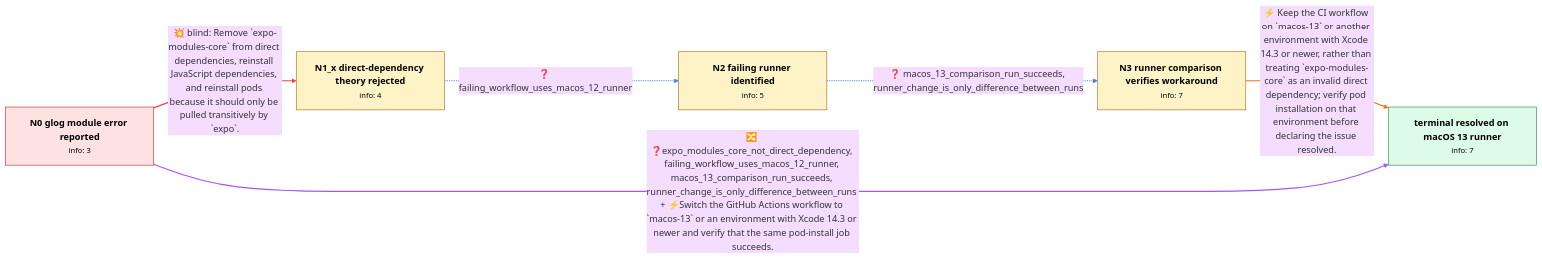
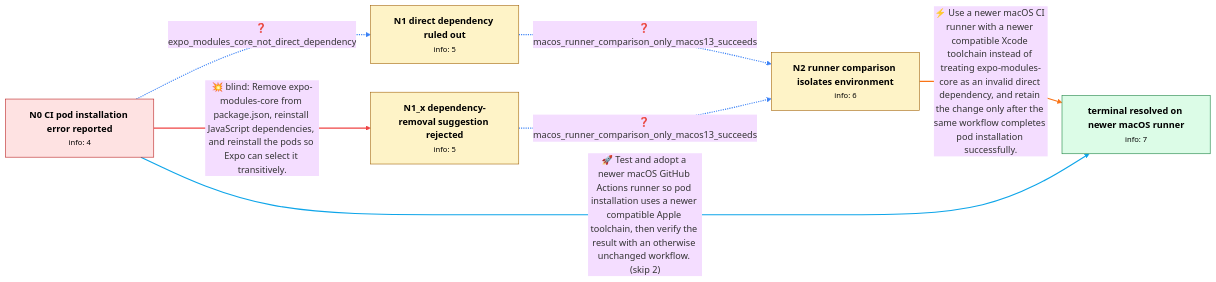
One commit to Chaoyi-He1/graph_bench changed the diagram in data/github_v0/review/gh_expo_expo_25905.md. Above: the diagram before and after it, drawn with Mermaid (base theme). The commit also changed other lines of this file and 3901 other files, not shown here.

````diff
--- a/data/github_v0/review/gh_expo_expo_25905.md
+++ b/data/github_v0/review/gh_expo_expo_25905.md
@@ -10,26 +10,28 @@
 ```mermaid
 flowchart LR
-    N0["<b>N0 glog module error reported</b><br/><small>info: 3</small>"]
-    N1_x["<b>N1_x direct-dependency theory rejected</b><br/><small>info: 4</small>"]
-    N2["<b>N2 failing runner identified</b><br/><small>info: 5</small>"]
-    N3["<b>N3 runner comparison verifies workaround</b><br/><small>info: 7</small>"]
-    N_terminal["<b>terminal resolved on macOS 13 runner</b><br/><small>info: 7</small>"]
-    N0 ==>|"💥 blind: Remove `expo-modules-core` from direct dependencies, reinstall JavaScript dependencies, and reinstall pods because it should only be pulled transitively by `expo`."| N1_x
-    linkStyle 0 stroke:#ef4444,stroke-width:2px
-    N1_x -.->|"❓ failing_workflow_uses_macos_12_runner"| N2
-    linkStyle 1 stroke:#3b82f6,stroke-width:2px
-    N2 -.->|"❓ macos_13_comparison_run_succeeds, runner_change_is_only_difference_between_runs"| N3
+    N0["<b>N0 CI pod installation error reported</b><br/><small>info: 4</small>"]
+    N1["<b>N1 direct dependency ruled out</b><br/><small>info: 5</small>"]
+    N1_x["<b>N1_x dependency-removal suggestion rejected</b><br/><small>info: 5</small>"]
+    N2["<b>N2 runner comparison isolates environment</b><br/><small>info: 6</small>"]
+    N_terminal["<b>terminal resolved on newer macOS runner</b><br/><small>info: 7</small>"]
+    N0 -.->|"❓ expo_modules_core_not_direct_dependency"| N1
+    linkStyle 0 stroke:#3b82f6,stroke-width:2px
+    N0 ==>|"💥 blind: Remove expo-modules-core from package.json, reinstall JavaScript dependencies, and reinstall the pods so Expo can select it transitively."| N1_x
+    linkStyle 1 stroke:#ef4444,stroke-width:2px
+    N1 -.->|"❓ macos_runner_comparison_only_macos13_succeeds"| N2
     linkStyle 2 stroke:#3b82f6,stroke-width:2px
-    N3 ==>|"⚡ Keep the CI workflow on `macos-13` or another environment with Xcode 14.3 or newer, rather than treating `expo-modules-core` as an invalid direct dependency; verify pod installation on that environment before declaring the issue resolved."| N_terminal
-    linkStyle 3 stroke:#f97316,stroke-width:2px
-    N0 ==>|"🔀 ❓expo_modules_core_not_direct_dependency, failing_workflow_uses_macos_12_runner, macos_13_comparison_run_succeeds, runner_change_is_only_difference_between_runs + ⚡Switch the GitHub Actions workflow to `macos-13` or an environment with Xcode 14.3 or newer and verify that the same pod-install job succeeds."| N_terminal
-    linkStyle 4 stroke:#a855f7,stroke-width:2px
+    N1_x -.->|"❓ macos_runner_comparison_only_macos13_succeeds"| N2
+    linkStyle 3 stroke:#3b82f6,stroke-width:2px
+    N2 ==>|"⚡ Use a newer macOS CI runner with a newer compatible Xcode toolchain instead of treating expo-modules-core as an invalid direct dependency, and retain the change only after the same workflow completes pod installation successfully."| N_terminal
+    linkStyle 4 stroke:#f97316,stroke-width:2px
+    N0 ==>|"🚀 Test and adopt a newer macOS GitHub Actions runner so pod installation uses a newer compatible Apple toolchain, then verify the result with an otherwise unchanged workflow. (skip 2)"| N_terminal
+    linkStyle 5 stroke:#0ea5e9,stroke-width:2px
     class N0 start
+    class N1 normal
     class N1_x normal
     class N2 normal
-    class N3 normal
     class N_terminal terminal
     classDef start fill:#fee2e2,stroke:#b91c1c,color:#000
     classDef terminal fill:#dcfce7,stroke:#15803d,color:#000
     classDef normal fill:#fef3c7,stroke:#a16207,color:#000
 ```
````
